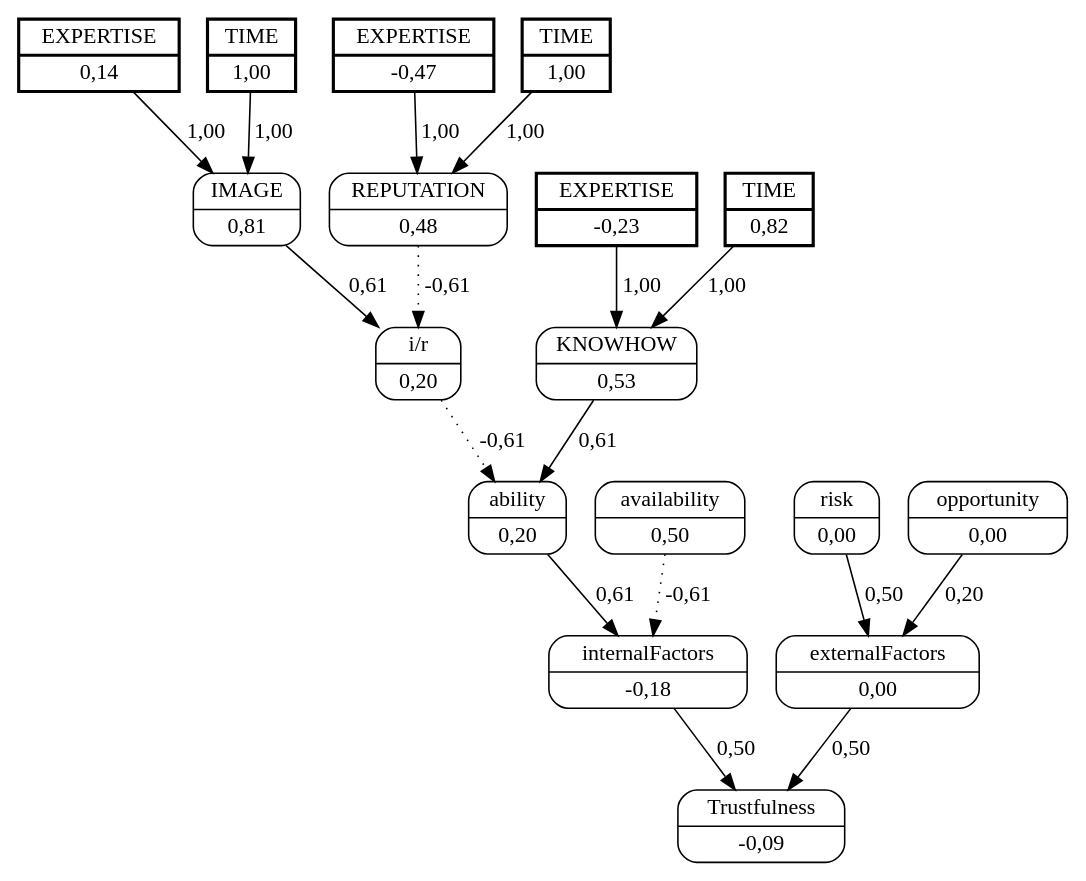
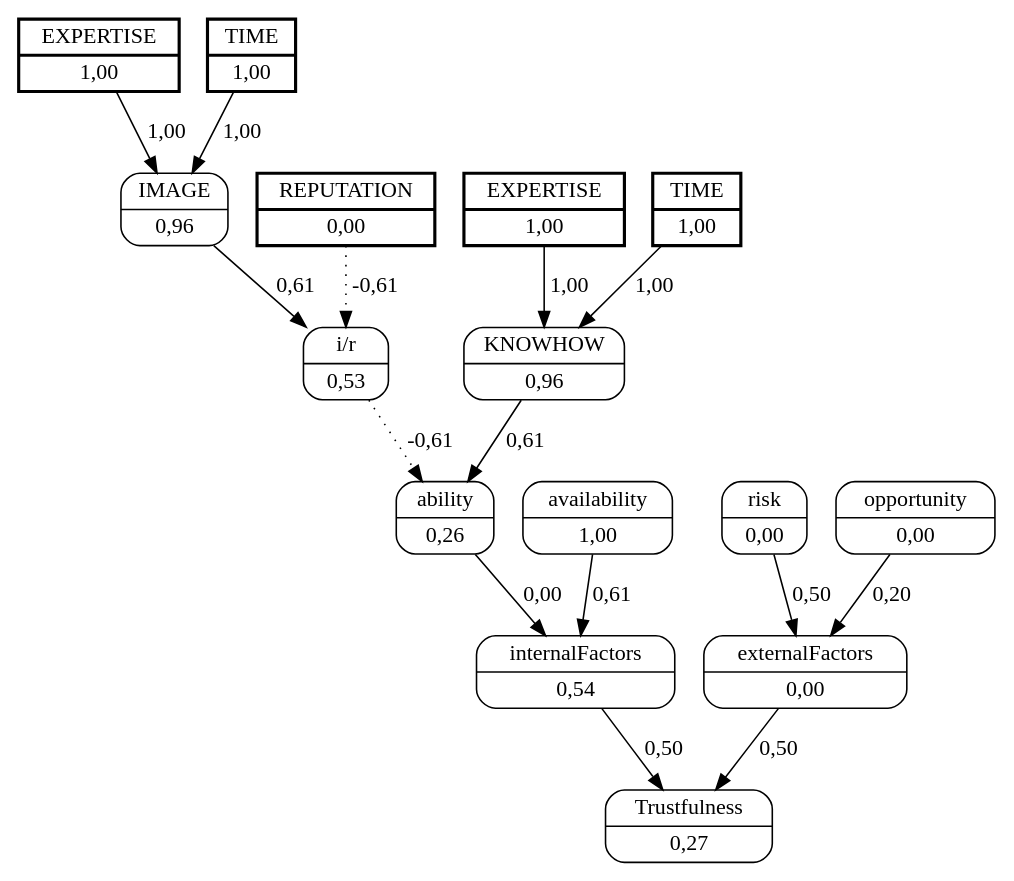
The diagram in unload_boxes/dots/truck_14worker_2.dot (jjbaqueta/unload_experiment), drawn with Graphviz before and after one commit. The commit also changed 61 other files, not shown here.

```diff
--- a/unload_boxes/dots/truck_14worker_2.dot
+++ b/unload_boxes/dots/truck_14worker_2.dot
@@ -1,38 +1,34 @@
 digraph FCM_net{
 	node [shape=record, style=rounded]
-	11 [label="{EXPERTISE | 0,14}", style=bold, penwidth=2, peripheries=2];
+	11 [label="{EXPERTISE | 1,00}", style=bold, penwidth=2, peripheries=2];
 	12 [label="{TIME | 1,00}", style=bold, penwidth=2, peripheries=2];
-	13 [label="{EXPERTISE | -0,47}", style=bold, penwidth=2, peripheries=2];
+	1 [label="{REPUTATION | 0,00}", style=bold, penwidth=2, peripheries=2];
+	13 [label="{EXPERTISE | 1,00}", style=bold, penwidth=2, peripheries=2];
 	14 [label="{TIME | 1,00}", style=bold, penwidth=2, peripheries=2];
-	15 [label="{EXPERTISE | -0,23}", style=bold, penwidth=2, peripheries=2];
-	16 [label="{TIME | 0,82}", style=bold, penwidth=2, peripheries=2];
-	0 [label="{IMAGE | 0,81}"];
-	1 [label="{REPUTATION | 0,48}"];
-	2 [label="{KNOWHOW | 0,53}"];
-	3 [label="{i/r | 0,20}"];
-	4 [label="{ability | 0,20}"];
-	5 [label="{availability | 0,50}"];
-	6 [label="{internalFactors | -0,18}"];
+	0 [label="{IMAGE | 0,96}"];
+	1 [label="{REPUTATION | 0,00}"];
+	2 [label="{KNOWHOW | 0,96}"];
+	3 [label="{i/r | 0,53}"];
+	4 [label="{ability | 0,26}"];
+	5 [label="{availability | 1,00}"];
+	6 [label="{internalFactors | 0,54}"];
 	7 [label="{risk | 0,00}"];
 	8 [label="{opportunity | 0,00}"];
 	9 [label="{externalFactors | 0,00}"];
-	10 [label="{Trustfulness | -0,09}"];
-	11 [label="{EXPERTISE | 0,14}"];
-	13 [label="{EXPERTISE | -0,47}"];
+	10 [label="{Trustfulness | 0,27}"];
+	11 [label="{EXPERTISE | 1,00}"];
 	0 -> 3 [label = "0,61"];
 	1 -> 3 [label = "-0,61", style=dotted];
 	3 -> 4 [label = "-0,61", style=dotted];
 	2 -> 4 [label = "0,61"];
-	4 -> 6 [label = "0,61"];
-	5 -> 6 [label = "-0,61", style=dotted];
+	4 -> 6 [label = "0,00"];
+	5 -> 6 [label = "0,61"];
 	6 -> 10 [label = "0,50"];
 	7 -> 9 [label = "0,50"];
 	8 -> 9 [label = "0,20"];
 	9 -> 10 [label = "0,50"];
 	11 -> 0 [label = "1,00"];
 	12 -> 0 [label = "1,00"];
-	13 -> 1 [label = "1,00"];
-	14 -> 1 [label = "1,00"];
-	15 -> 2 [label = "1,00"];
-	16 -> 2 [label = "1,00"];
+	13 -> 2 [label = "1,00"];
+	14 -> 2 [label = "1,00"];
 }
```
